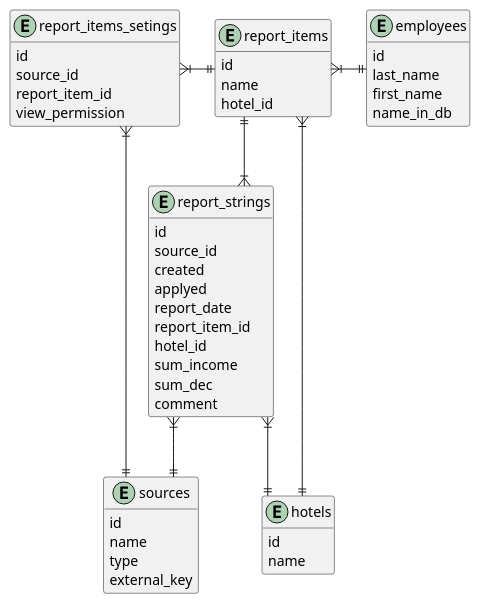
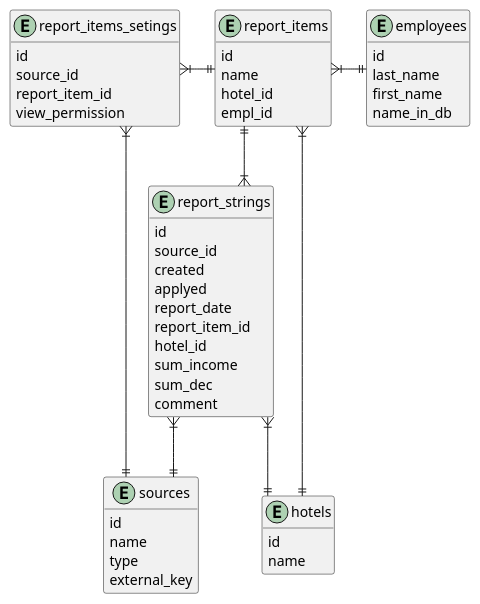
The diagram in 1_databasemodel/model.puml (dimabugaev/arbathotel), drawn with PlantUML before and after one commit. The commit also changed 3 other files, not shown here.

```diff
--- a/1_databasemodel/model.puml
+++ b/1_databasemodel/model.puml
@@ -1,66 +1,67 @@
 @startuml concept_model
 
 skinparam linetype ortho
 hide methods
 
 
 ' Справочник Отели
 entity hotels{
     id
     name
 } 
 ' Справочник источники
 entity sources{
     id
     name
     type /' тип источника 1 - отчет подотчетника, 2 - клиент банка и тд '/
     external_key /' информация для идентификации источника '/
 }
 ' Статьи отчетов
 entity report_items{
     id
     name
     hotel_id
+    empl_id
 }
 
 ' Сотрудники
 entity employees{
     id
     last_name
     first_name
     name_in_db
 }
 
 ' Строки отчетов
 entity report_strings{
     id
     source_id
     created /' Момент добавления строки в отчет'/
     applyed /' Момент добавления в исторические строки '/
     report_date /' Отчетный период дата без времени'/
     report_item_id
     hotel_id
     sum_income /' Сумма приход '/
     sum_dec /' Сумма расход '/
     comment
 }
 ' Настройка доступных статей
 entity report_items_setings{
     id
     source_id
     report_item_id
     view_permission  /' Boolean '/
 }
 
 
 hotels ||-u-|{ report_strings
 sources ||-u-|{ report_strings
 report_items ||-d-|{ report_strings
 
 hotels ||-d-|{ report_items
 employees ||-l-|{ report_items
 
 sources ||-|{ report_items_setings
 report_items ||-l-|{ report_items_setings
 
 @enduml
```
